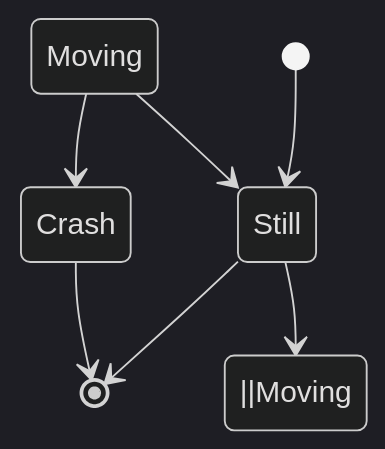
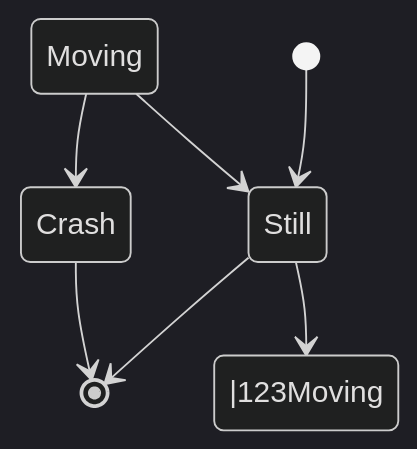
One commit to zhitian/iodraw-files changed the diagram in all/未命名.md. Above: the diagram before and after it, drawn with Mermaid (dark theme).

Commit message:
2025-02-03 16:21:46 update

````diff
--- a/all/未命名.md
+++ b/all/未命名.md
@@ -1,10 +1,10 @@
 ```mermaid
 stateDiagram-v2
     [*] --> Still
     Still --> [*]
-    Still --> ||Moving
+    Still --> |123Moving
     Moving --> Still
     Moving --> Crash
     Crash --> [*]
             
 ```
````
